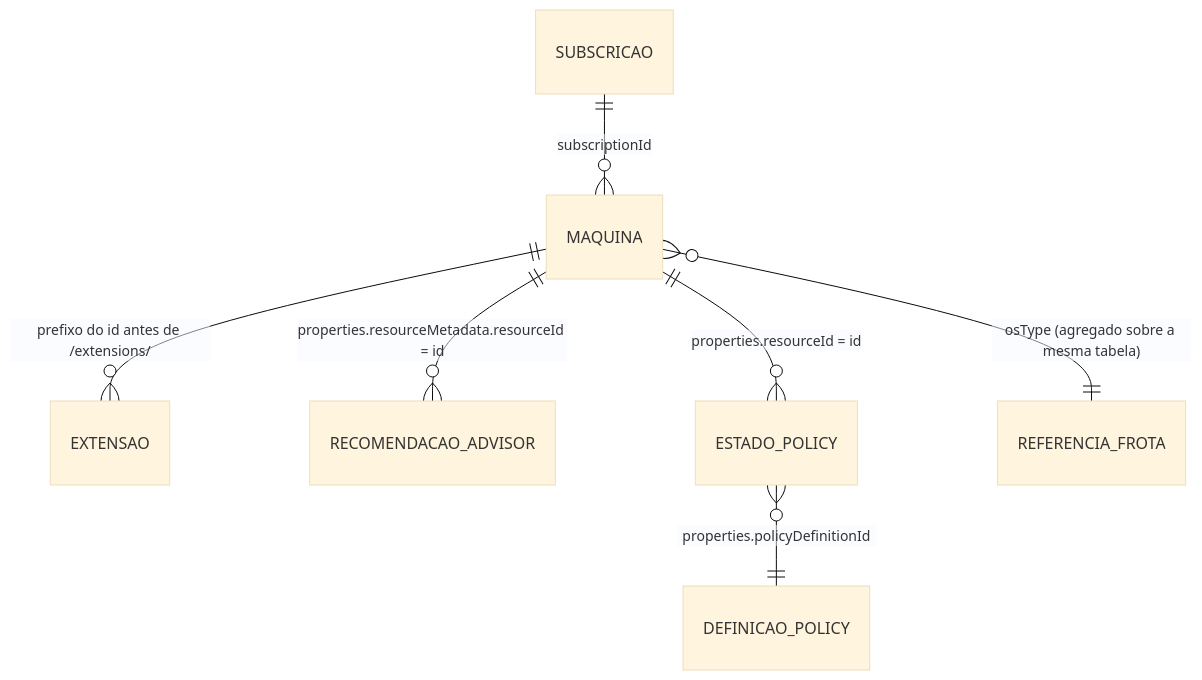
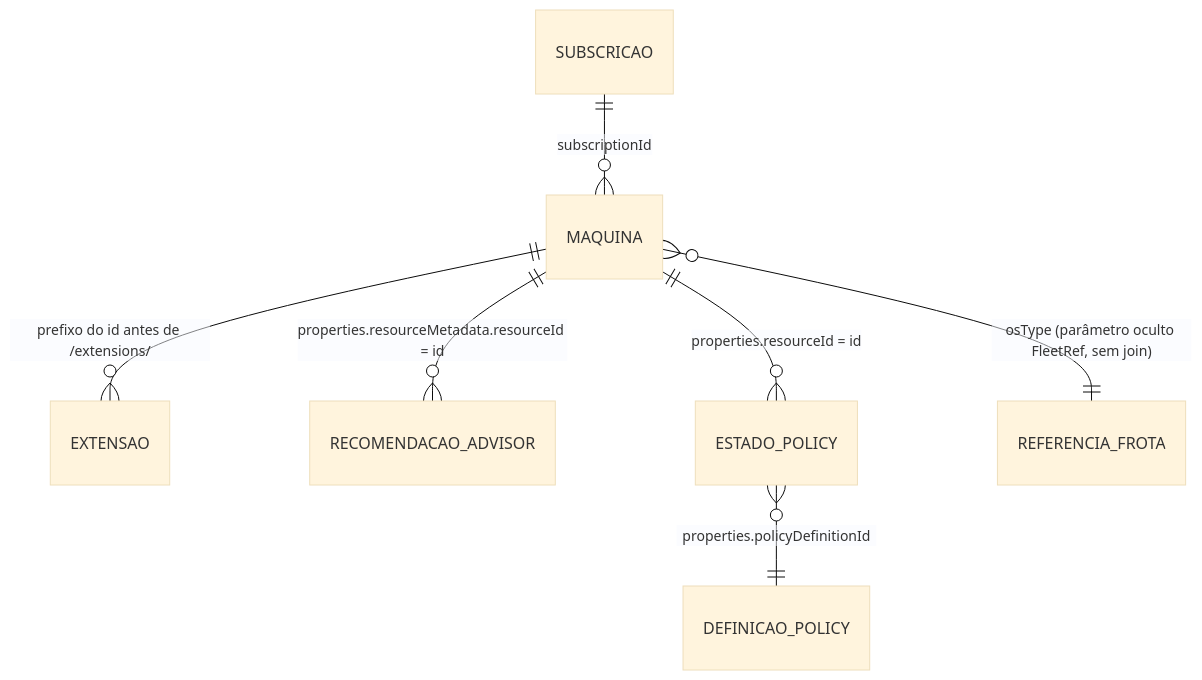
The diagram in workbooks/arc-agent-support/README.pt-BR.md (fabiotreze/AzureArcBRTips), drawn with Mermaid (base theme) before and after one commit. The commit also changed other lines of this file and 4 other files, not shown here.

Commit message:
Update Arc agent support workbook to v5.1.0 (replace per-query self-join with hidden FleetRef parameter)

````diff
--- a/workbooks/arc-agent-support/README.pt-BR.md
+++ b/workbooks/arc-agent-support/README.pt-BR.md
@@ -52,9 +52,9 @@
 ```mermaid
 erDiagram
     SUBSCRICAO ||--o{ MAQUINA : "subscriptionId"
     MAQUINA ||--o{ EXTENSAO : "prefixo do id antes de /extensions/"
     MAQUINA ||--o{ RECOMENDACAO_ADVISOR : "properties.resourceMetadata.resourceId = id"
     MAQUINA ||--o{ ESTADO_POLICY : "properties.resourceId = id"
     ESTADO_POLICY }o--|| DEFINICAO_POLICY : "properties.policyDefinitionId"
-    MAQUINA }o--|| REFERENCIA_FROTA : "osType (agregado sobre a mesma tabela)"
+    MAQUINA }o--|| REFERENCIA_FROTA : "osType (parâmetro oculto FleetRef, sem join)"
 ```
````
